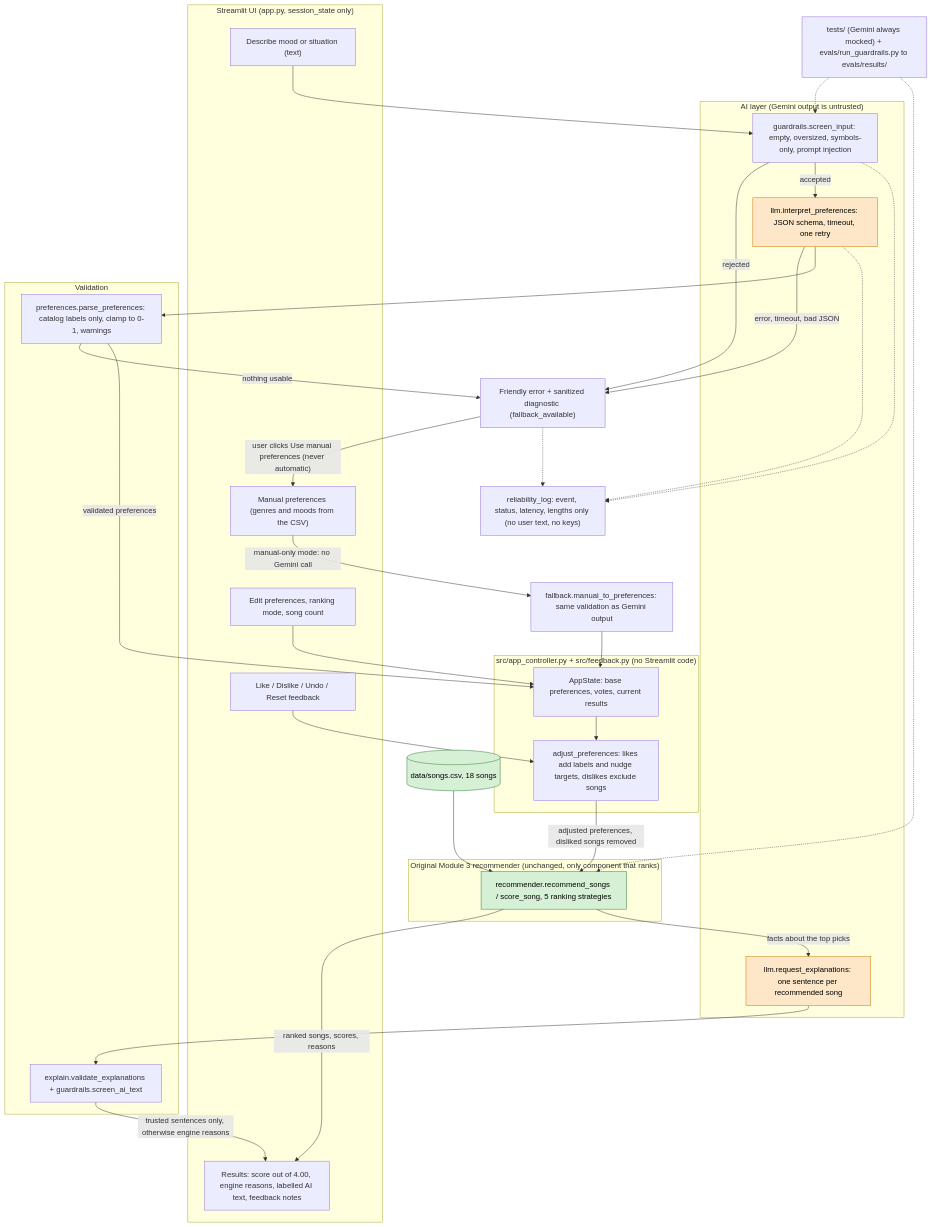
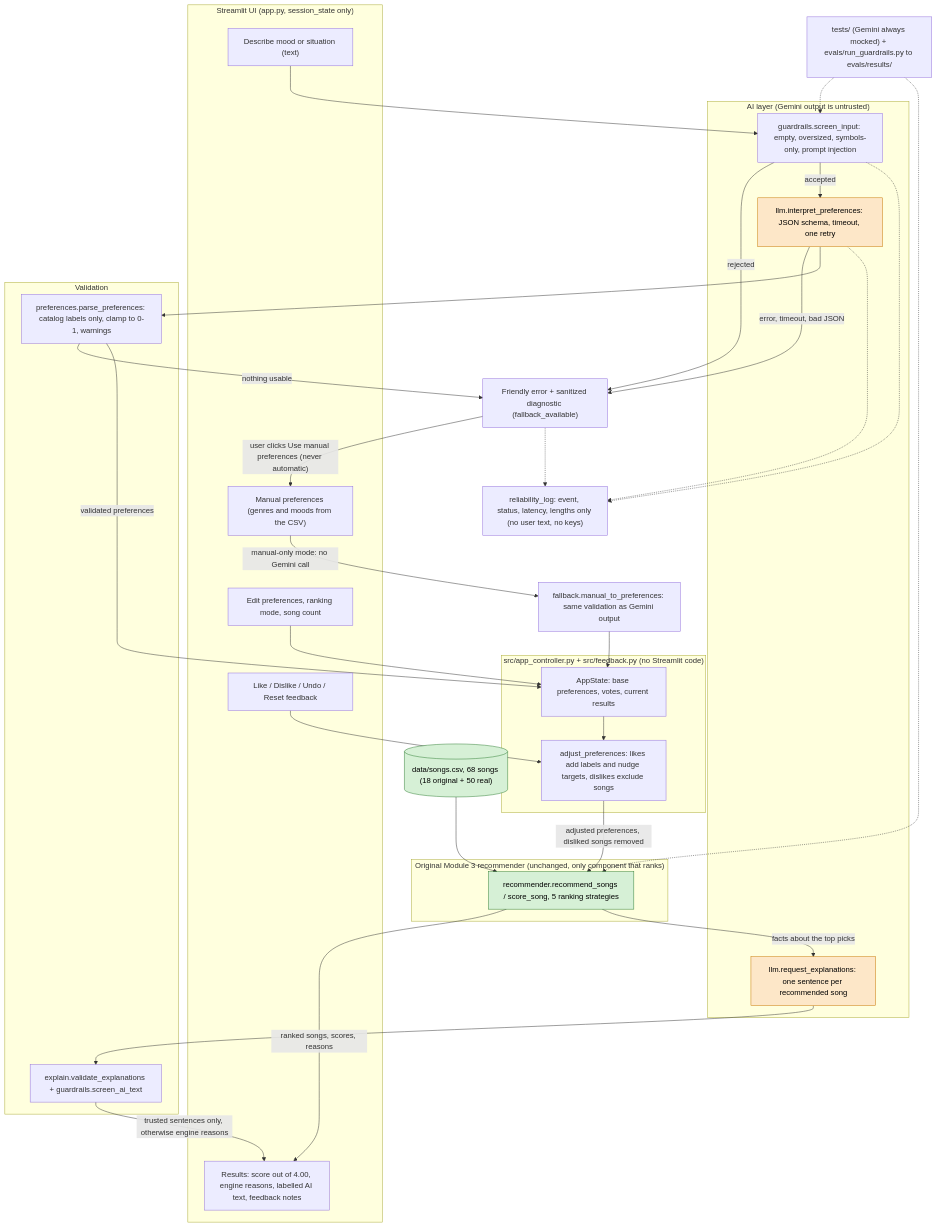
One commit to djenkins05/applied-ai-system-project changed the diagram in diagrams/architecture.mmd. Above: the diagram before and after it, drawn with Mermaid. The commit also changed 41 other files, not shown here.

```diff
--- a/diagrams/architecture.mmd
+++ b/diagrams/architecture.mmd
@@ -1,69 +1,69 @@
 %% MoodMix AI architecture. Matches the implemented code (see README "Architecture").
 %% Orange = Gemini (interprets text, optionally writes explanations). Green = original Module 3 engine (the only thing that ranks).
 flowchart TD
   subgraph UI["Streamlit UI (app.py, session_state only)"]
     U1["Describe mood or situation (text)"]
     U1b["Manual preferences (genres and moods from the CSV)"]
     U2["Edit preferences, ranking mode, song count"]
     U3["Like / Dislike / Undo / Reset feedback"]
     U4["Results: score out of 4.00, engine reasons, labelled AI text, feedback notes"]
   end
 
   subgraph CTRL["src/app_controller.py + src/feedback.py (no Streamlit code)"]
     C1["AppState: base preferences, votes, current results"]
     C2["adjust_preferences: likes add labels and nudge targets, dislikes exclude songs"]
   end
 
   subgraph AI["AI layer (Gemini output is untrusted)"]
     G1["guardrails.screen_input: empty, oversized, symbols-only, prompt injection"]
     L1["llm.interpret_preferences: JSON schema, timeout, one retry"]
     L2["llm.request_explanations: one sentence per recommended song"]
   end
 
   subgraph VAL["Validation"]
     P1["preferences.parse_preferences: catalog labels only, clamp to 0-1, warnings"]
     X1["explain.validate_explanations + guardrails.screen_ai_text"]
   end
 
   subgraph ORIG["Original Module 3 recommender (unchanged, only component that ranks)"]
     E1["recommender.recommend_songs / score_song, 5 ranking strategies"]
   end
 
-  D[("data/songs.csv, 18 songs")]
+  D[("data/songs.csv, 68 songs (18 original + 50 real)")]
   F1["Friendly error + sanitized diagnostic (fallback_available)"]
   M1["fallback.manual_to_preferences: same validation as Gemini output"]
   LOG["reliability_log: event, status, latency, lengths only (no user text, no keys)"]
   T["tests/ (Gemini always mocked) + evals/run_guardrails.py to evals/results/"]
 
   U1 --> G1
   G1 -->|"rejected"| F1
   G1 -->|"accepted"| L1
   L1 -->|"error, timeout, bad JSON"| F1
   L1 --> P1
   P1 -->|"nothing usable"| F1
   P1 -->|"validated preferences"| C1
 
   F1 -->|"user clicks Use manual preferences (never automatic)"| U1b
   U1b -->|"manual-only mode: no Gemini call"| M1
   M1 --> C1
 
   U2 --> C1
   U3 --> C2
   C1 --> C2
   C2 -->|"adjusted preferences, disliked songs removed"| E1
   D --> E1
   E1 -->|"ranked songs, scores, reasons"| U4
   E1 -->|"facts about the top picks"| L2
   L2 --> X1
   X1 -->|"trusted sentences only, otherwise engine reasons"| U4
 
   G1 -.-> LOG
   L1 -.-> LOG
   F1 -.-> LOG
   T -.-> G1
   T -.-> E1
 
   classDef ai fill:#fde7c8,stroke:#c77700,color:#000
   classDef orig fill:#d6f0d6,stroke:#2e7d32,color:#000
   class L1,L2 ai
   class E1,D orig
```
